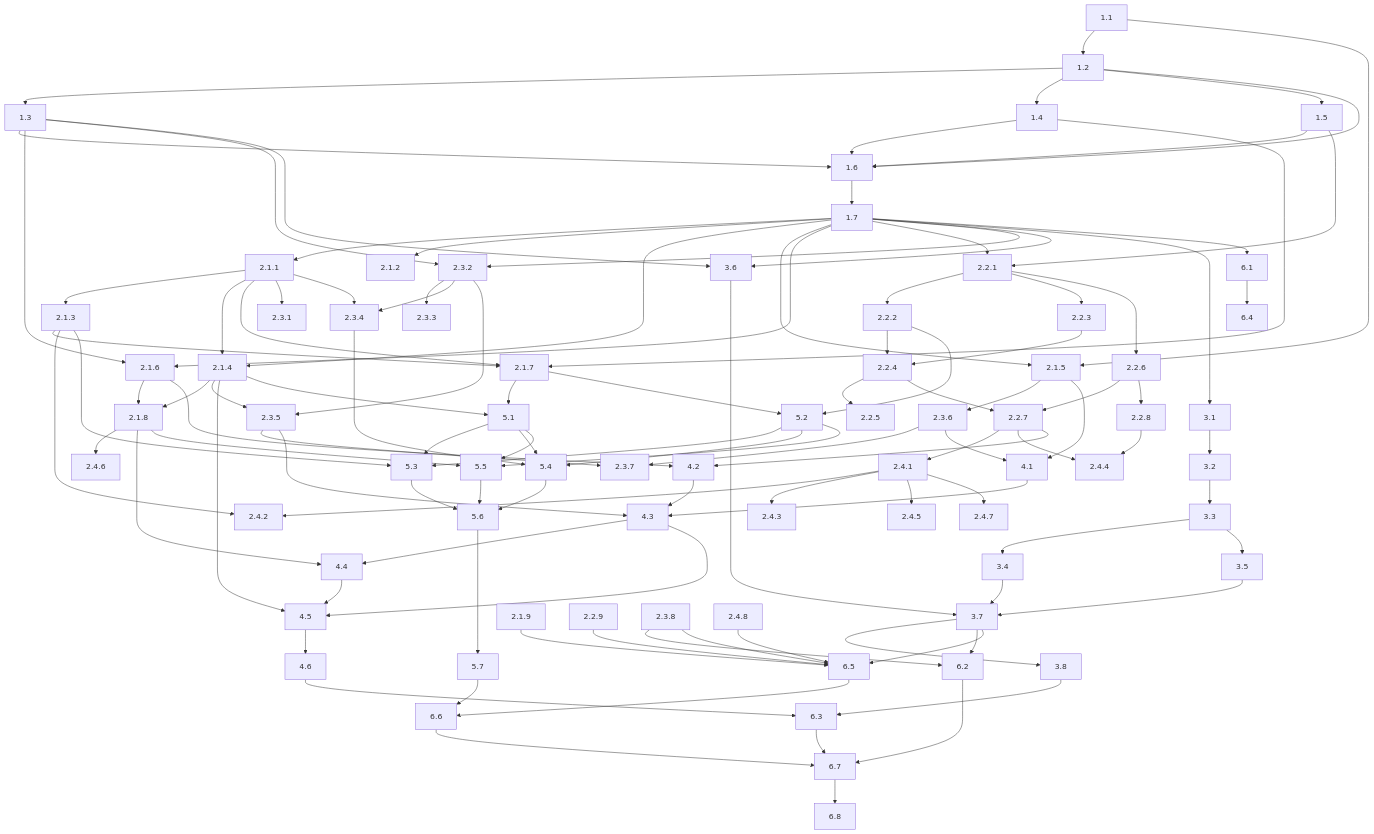
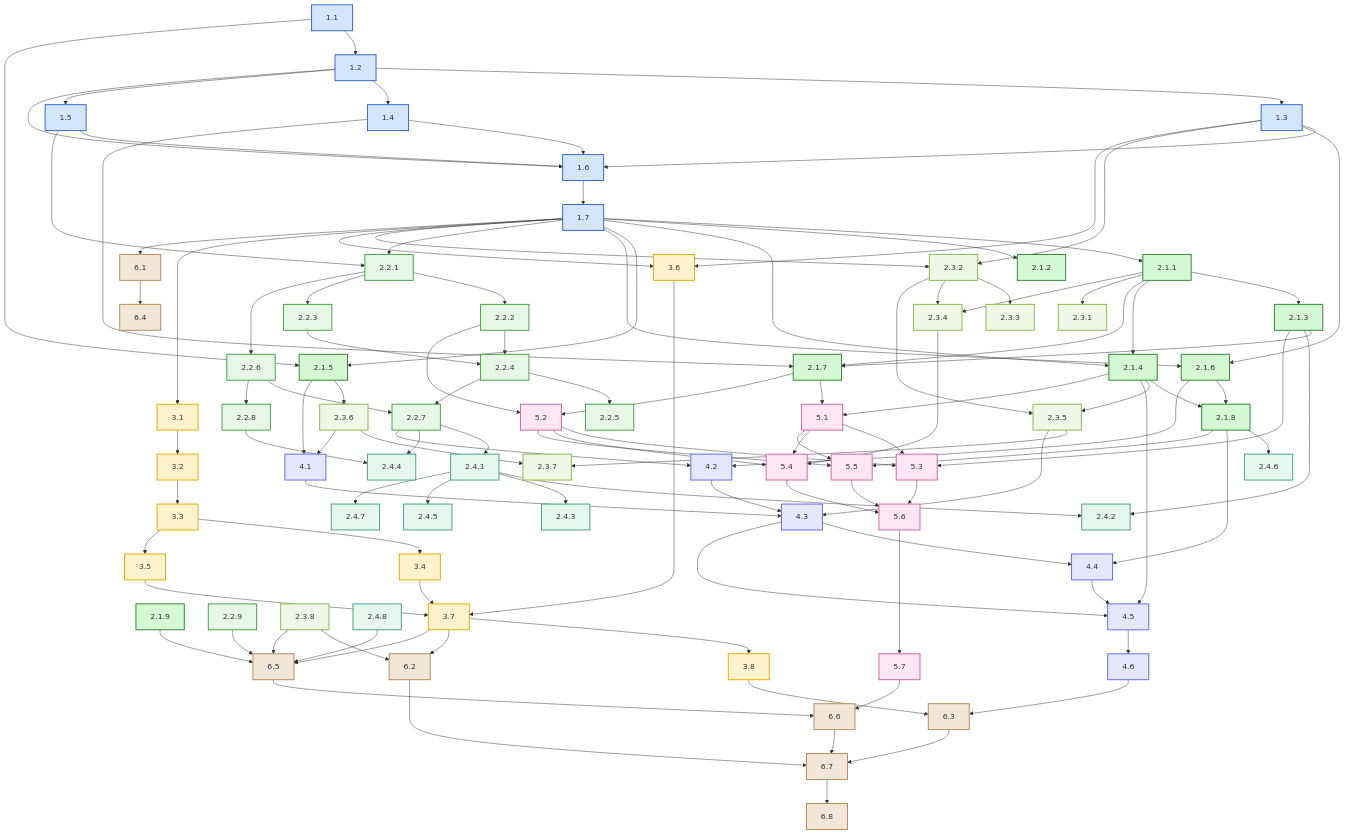
The first of 2 diagrams in docs/planning.md (Oldranda1414/SP2PFL-ProjectManagement), drawn with Mermaid before and after one commit.

Commit message:
add color to depenency graph

````diff
--- a/docs/planning.md
+++ b/docs/planning.md
@@ -461,5 +461,91 @@
 ```mermaid
 graph TD
+    %% Research & Design - Blue
+    1.1[1.1]:::research
+    1.2[1.2]:::research
+    1.3[1.3]:::research
+    1.4[1.4]:::research
+    1.5[1.5]:::research
+    1.6[1.6]:::research
+    1.7[1.7]:::research
+    
+    %% Core Framework Development - Green
+    2.1.1[2.1.1]:::core
+    2.1.2[2.1.2]:::core
+    2.1.3[2.1.3]:::core
+    2.1.4[2.1.4]:::core
+    2.1.5[2.1.5]:::core
+    2.1.6[2.1.6]:::core
+    2.1.7[2.1.7]:::core
+    2.1.8[2.1.8]:::core
+    2.1.9[2.1.9]:::core
+    
+    2.2.1[2.2.1]:::model
+    2.2.2[2.2.2]:::model
+    2.2.3[2.2.3]:::model
+    2.2.4[2.2.4]:::model
+    2.2.5[2.2.5]:::model
+    2.2.6[2.2.6]:::model
+    2.2.7[2.2.7]:::model
+    2.2.8[2.2.8]:::model
+    2.2.9[2.2.9]:::model
+    
+    2.3.1[2.3.1]:::security
+    2.3.2[2.3.2]:::security
+    2.3.3[2.3.3]:::security
+    2.3.4[2.3.4]:::security
+    2.3.5[2.3.5]:::security
+    2.3.6[2.3.6]:::security
+    2.3.7[2.3.7]:::security
+    2.3.8[2.3.8]:::security
+    
+    2.4.1[2.4.1]:::storage
+    2.4.2[2.4.2]:::storage
+    2.4.3[2.4.3]:::storage
+    2.4.4[2.4.4]:::storage
+    2.4.5[2.4.5]:::storage
+    2.4.6[2.4.6]:::storage
+    2.4.7[2.4.7]:::storage
+    2.4.8[2.4.8]:::storage
+    
+    %% Infrastructure & Deployment - Orange
+    3.1[3.1]:::infra
+    3.2[3.2]:::infra
+    3.3[3.3]:::infra
+    3.4[3.4]:::infra
+    3.5[3.5]:::infra
+    3.6[3.6]:::infra
+    3.7[3.7]:::infra
+    3.8[3.8]:::infra
+    
+    %% Federated Learning Integration - Purple
+    4.1[4.1]:::fl
+    4.2[4.2]:::fl
+    4.3[4.3]:::fl
+    4.4[4.4]:::fl
+    4.5[4.5]:::fl
+    4.6[4.6]:::fl
+    
+    %% User Interface & Experience - Pink
+    5.1[5.1]:::ui
+    5.2[5.2]:::ui
+    5.3[5.3]:::ui
+    5.4[5.4]:::ui
+    5.5[5.5]:::ui
+    5.6[5.6]:::ui
+    5.7[5.7]:::ui
+    
+    %% Quality Assurance & Documentation - Brown
+    6.1[6.1]:::qa
+    6.2[6.2]:::qa
+    6.3[6.3]:::qa
+    6.4[6.4]:::qa
+    6.5[6.5]:::qa
+    6.6[6.6]:::qa
+    6.7[6.7]:::qa
+    6.8[6.8]:::qa
+
+    %% Dependencies
     1.1 --> 1.2
     1.2 --> 1.3
     1.2 --> 1.4
@@ -581,4 +667,14 @@
     6.5 --> 6.6
     6.6 --> 6.7
     6.7 --> 6.8
+
+    classDef research fill:#d4e6ff,stroke:#3366cc,stroke-width:2px
+    classDef core fill:#d4f7d4,stroke:#2d862d,stroke-width:2px
+    classDef model fill:#e6f7e6,stroke:#45a045,stroke-width:2px
+    classDef security fill:#f0f7e6,stroke:#8cb84d,stroke-width:2px
+    classDef storage fill:#e6f7f0,stroke:#45a08c,stroke-width:2px
+    classDef infra fill:#fff2cc,stroke:#e6ac00,stroke-width:2px
+    classDef fl fill:#e6e6ff,stroke:#6666ff,stroke-width:2px
+    classDef ui fill:#ffe6f2,stroke:#cc66a3,stroke-width:2px
+    classDef qa fill:#f2e6d9,stroke:#b38c5c,stroke-width:2px
 ```
````
